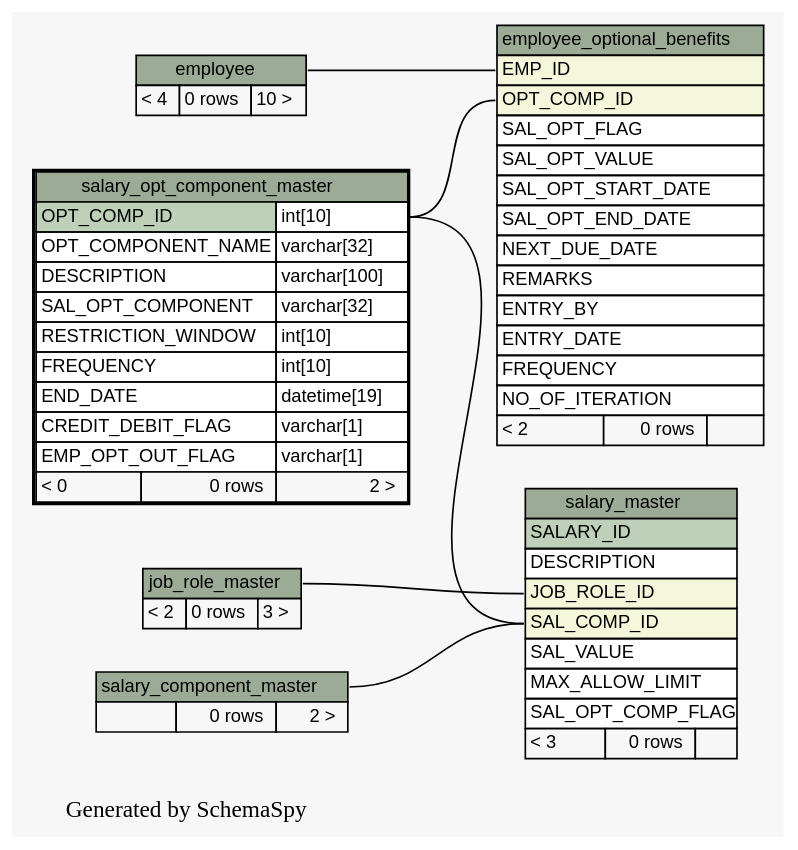
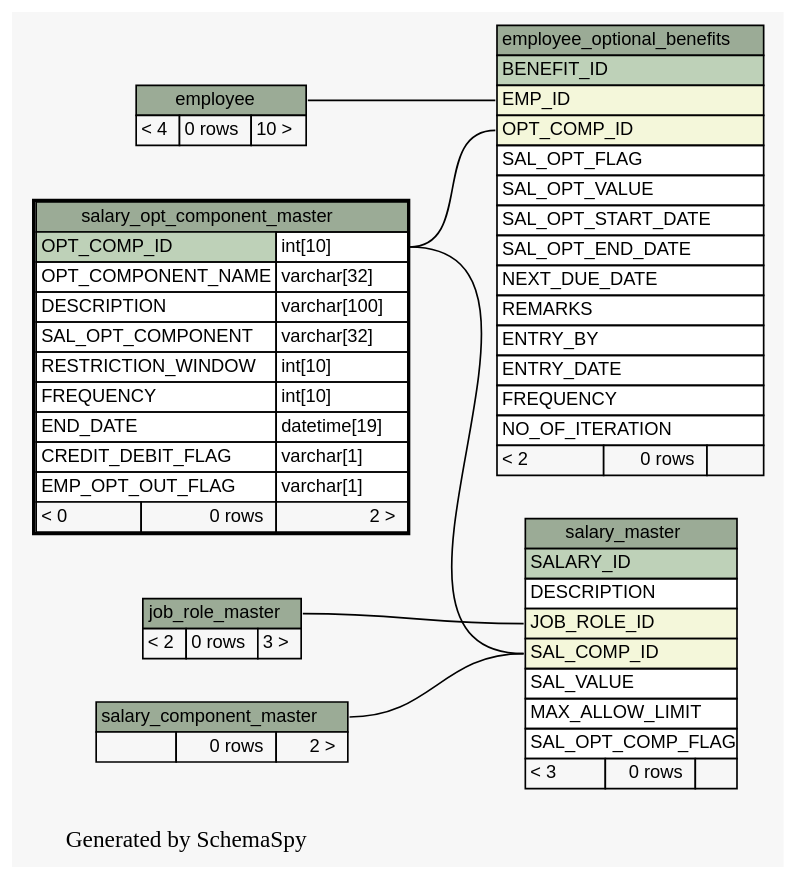
One commit to engineerscraft/hrms changed the diagram in docs/database/schemaspy/graphs/salary_opt_component_master.2degrees.dot. Above: the diagram before and after it, drawn with Graphviz. The commit also changed 94 other files, not shown here.

```diff
--- a/docs/database/schemaspy/graphs/salary_opt_component_master.2degrees.dot
+++ b/docs/database/schemaspy/graphs/salary_opt_component_master.2degrees.dot
@@ -1,104 +1,105 @@
 // dot 2.38.0 on Windows 7 6.1
 digraph "twoDegreesRelationshipsGraph" {
   graph [
     rankdir="RL"
     bgcolor="#f7f7f7"
     label="\nGenerated by SchemaSpy"
     labeljust="l"
   ];
   node [
     fontname="Helvetica"
     fontsize="11"
     shape="plaintext"
   ];
   edge [
     arrowsize="0.8"
   ];
   "employee_optional_benefits":"EMP_ID":w -> "employee":"employee.heading":e [arrowtail=crowodot arrowhead=none];
   "employee_optional_benefits":"OPT_COMP_ID":w -> "salary_opt_component_master":"OPT_COMP_ID.type":e [arrowtail=crowodot arrowhead=none];
   "salary_master":"JOB_ROLE_ID":w -> "job_role_master":"job_role_master.heading":e [arrowtail=crowtee arrowhead=none];
   "salary_master":"SAL_COMP_ID":w -> "salary_component_master":"salary_component_master.heading":e [arrowtail=crowtee arrowhead=none];
   "salary_master":"SAL_COMP_ID":w -> "salary_opt_component_master":"OPT_COMP_ID.type":e [arrowtail=crowtee arrowhead=none];
   "employee" [
     label=<
     <TABLE BORDER="0" CELLBORDER="1" CELLSPACING="0" BGCOLOR="#ffffff">
       <TR><TD PORT="employee.heading" COLSPAN="3" BGCOLOR="#9bab96" ALIGN="CENTER">employee</TD></TR>
       <TR><TD ALIGN="LEFT" BGCOLOR="#f7f7f7">&lt; 4</TD><TD ALIGN="RIGHT" BGCOLOR="#f7f7f7">0 rows</TD><TD ALIGN="RIGHT" BGCOLOR="#f7f7f7">10 &gt;</TD></TR>
     </TABLE>>
     URL="employee.html#graph"
     tooltip="employee"
   ];
   "employee_optional_benefits" [
     label=<
     <TABLE BORDER="0" CELLBORDER="1" CELLSPACING="0" BGCOLOR="#ffffff">
       <TR><TD PORT="employee_optional_benefits.heading" COLSPAN="3" BGCOLOR="#9bab96" ALIGN="CENTER">employee_optional_benefits</TD></TR>
+      <TR><TD PORT="BENEFIT_ID" COLSPAN="3" BGCOLOR="#bed1b8" ALIGN="LEFT">BENEFIT_ID</TD></TR>
       <TR><TD PORT="EMP_ID" COLSPAN="3" BGCOLOR="#f4f7da" ALIGN="LEFT">EMP_ID</TD></TR>
       <TR><TD PORT="OPT_COMP_ID" COLSPAN="3" BGCOLOR="#f4f7da" ALIGN="LEFT">OPT_COMP_ID</TD></TR>
       <TR><TD PORT="SAL_OPT_FLAG" COLSPAN="3" ALIGN="LEFT">SAL_OPT_FLAG</TD></TR>
       <TR><TD PORT="SAL_OPT_VALUE" COLSPAN="3" ALIGN="LEFT">SAL_OPT_VALUE</TD></TR>
       <TR><TD PORT="SAL_OPT_START_DATE" COLSPAN="3" ALIGN="LEFT">SAL_OPT_START_DATE</TD></TR>
       <TR><TD PORT="SAL_OPT_END_DATE" COLSPAN="3" ALIGN="LEFT">SAL_OPT_END_DATE</TD></TR>
       <TR><TD PORT="NEXT_DUE_DATE" COLSPAN="3" ALIGN="LEFT">NEXT_DUE_DATE</TD></TR>
       <TR><TD PORT="REMARKS" COLSPAN="3" ALIGN="LEFT">REMARKS</TD></TR>
       <TR><TD PORT="ENTRY_BY" COLSPAN="3" ALIGN="LEFT">ENTRY_BY</TD></TR>
       <TR><TD PORT="ENTRY_DATE" COLSPAN="3" ALIGN="LEFT">ENTRY_DATE</TD></TR>
       <TR><TD PORT="FREQUENCY" COLSPAN="3" ALIGN="LEFT">FREQUENCY</TD></TR>
       <TR><TD PORT="NO_OF_ITERATION" COLSPAN="3" ALIGN="LEFT">NO_OF_ITERATION</TD></TR>
       <TR><TD ALIGN="LEFT" BGCOLOR="#f7f7f7">&lt; 2</TD><TD ALIGN="RIGHT" BGCOLOR="#f7f7f7">0 rows</TD><TD ALIGN="RIGHT" BGCOLOR="#f7f7f7">  </TD></TR>
     </TABLE>>
     URL="employee_optional_benefits.html#graph"
     tooltip="employee_optional_benefits"
   ];
   "job_role_master" [
     label=<
     <TABLE BORDER="0" CELLBORDER="1" CELLSPACING="0" BGCOLOR="#ffffff">
       <TR><TD PORT="job_role_master.heading" COLSPAN="3" BGCOLOR="#9bab96" ALIGN="CENTER">job_role_master</TD></TR>
       <TR><TD ALIGN="LEFT" BGCOLOR="#f7f7f7">&lt; 2</TD><TD ALIGN="RIGHT" BGCOLOR="#f7f7f7">0 rows</TD><TD ALIGN="RIGHT" BGCOLOR="#f7f7f7">3 &gt;</TD></TR>
     </TABLE>>
     URL="job_role_master.html#graph"
     tooltip="job_role_master"
   ];
   "salary_component_master" [
     label=<
     <TABLE BORDER="0" CELLBORDER="1" CELLSPACING="0" BGCOLOR="#ffffff">
       <TR><TD PORT="salary_component_master.heading" COLSPAN="3" BGCOLOR="#9bab96" ALIGN="CENTER">salary_component_master</TD></TR>
       <TR><TD ALIGN="LEFT" BGCOLOR="#f7f7f7">  </TD><TD ALIGN="RIGHT" BGCOLOR="#f7f7f7">0 rows</TD><TD ALIGN="RIGHT" BGCOLOR="#f7f7f7">2 &gt;</TD></TR>
     </TABLE>>
     URL="salary_component_master.html#graph"
     tooltip="salary_component_master"
   ];
   "salary_master" [
     label=<
     <TABLE BORDER="0" CELLBORDER="1" CELLSPACING="0" BGCOLOR="#ffffff">
       <TR><TD PORT="salary_master.heading" COLSPAN="3" BGCOLOR="#9bab96" ALIGN="CENTER">salary_master</TD></TR>
       <TR><TD PORT="SALARY_ID" COLSPAN="3" BGCOLOR="#bed1b8" ALIGN="LEFT">SALARY_ID</TD></TR>
       <TR><TD PORT="DESCRIPTION" COLSPAN="3" ALIGN="LEFT">DESCRIPTION</TD></TR>
       <TR><TD PORT="JOB_ROLE_ID" COLSPAN="3" BGCOLOR="#f4f7da" ALIGN="LEFT">JOB_ROLE_ID</TD></TR>
       <TR><TD PORT="SAL_COMP_ID" COLSPAN="3" BGCOLOR="#f4f7da" ALIGN="LEFT">SAL_COMP_ID</TD></TR>
       <TR><TD PORT="SAL_VALUE" COLSPAN="3" ALIGN="LEFT">SAL_VALUE</TD></TR>
       <TR><TD PORT="MAX_ALLOW_LIMIT" COLSPAN="3" ALIGN="LEFT">MAX_ALLOW_LIMIT</TD></TR>
       <TR><TD PORT="SAL_OPT_COMP_FLAG" COLSPAN="3" ALIGN="LEFT">SAL_OPT_COMP_FLAG</TD></TR>
       <TR><TD ALIGN="LEFT" BGCOLOR="#f7f7f7">&lt; 3</TD><TD ALIGN="RIGHT" BGCOLOR="#f7f7f7">0 rows</TD><TD ALIGN="RIGHT" BGCOLOR="#f7f7f7">  </TD></TR>
     </TABLE>>
     URL="salary_master.html#graph"
     tooltip="salary_master"
   ];
   "salary_opt_component_master" [
     label=<
     <TABLE BORDER="2" CELLBORDER="1" CELLSPACING="0" BGCOLOR="#ffffff">
       <TR><TD PORT="salary_opt_component_master.heading" COLSPAN="3" BGCOLOR="#9bab96" ALIGN="CENTER">salary_opt_component_master</TD></TR>
       <TR><TD PORT="OPT_COMP_ID" COLSPAN="2" BGCOLOR="#bed1b8" ALIGN="LEFT">OPT_COMP_ID</TD><TD PORT="OPT_COMP_ID.type" ALIGN="LEFT">int[10]</TD></TR>
       <TR><TD PORT="OPT_COMPONENT_NAME" COLSPAN="2" ALIGN="LEFT">OPT_COMPONENT_NAME</TD><TD PORT="OPT_COMPONENT_NAME.type" ALIGN="LEFT">varchar[32]</TD></TR>
       <TR><TD PORT="DESCRIPTION" COLSPAN="2" ALIGN="LEFT">DESCRIPTION</TD><TD PORT="DESCRIPTION.type" ALIGN="LEFT">varchar[100]</TD></TR>
       <TR><TD PORT="SAL_OPT_COMPONENT" COLSPAN="2" ALIGN="LEFT">SAL_OPT_COMPONENT</TD><TD PORT="SAL_OPT_COMPONENT.type" ALIGN="LEFT">varchar[32]</TD></TR>
       <TR><TD PORT="RESTRICTION_WINDOW" COLSPAN="2" ALIGN="LEFT">RESTRICTION_WINDOW</TD><TD PORT="RESTRICTION_WINDOW.type" ALIGN="LEFT">int[10]</TD></TR>
       <TR><TD PORT="FREQUENCY" COLSPAN="2" ALIGN="LEFT">FREQUENCY</TD><TD PORT="FREQUENCY.type" ALIGN="LEFT">int[10]</TD></TR>
       <TR><TD PORT="END_DATE" COLSPAN="2" ALIGN="LEFT">END_DATE</TD><TD PORT="END_DATE.type" ALIGN="LEFT">datetime[19]</TD></TR>
       <TR><TD PORT="CREDIT_DEBIT_FLAG" COLSPAN="2" ALIGN="LEFT">CREDIT_DEBIT_FLAG</TD><TD PORT="CREDIT_DEBIT_FLAG.type" ALIGN="LEFT">varchar[1]</TD></TR>
       <TR><TD PORT="EMP_OPT_OUT_FLAG" COLSPAN="2" ALIGN="LEFT">EMP_OPT_OUT_FLAG</TD><TD PORT="EMP_OPT_OUT_FLAG.type" ALIGN="LEFT">varchar[1]</TD></TR>
       <TR><TD ALIGN="LEFT" BGCOLOR="#f7f7f7">&lt; 0</TD><TD ALIGN="RIGHT" BGCOLOR="#f7f7f7">0 rows</TD><TD ALIGN="RIGHT" BGCOLOR="#f7f7f7">2 &gt;</TD></TR>
     </TABLE>>
     URL="salary_opt_component_master.html#"
     tooltip="salary_opt_component_master"
   ];
 }
```
